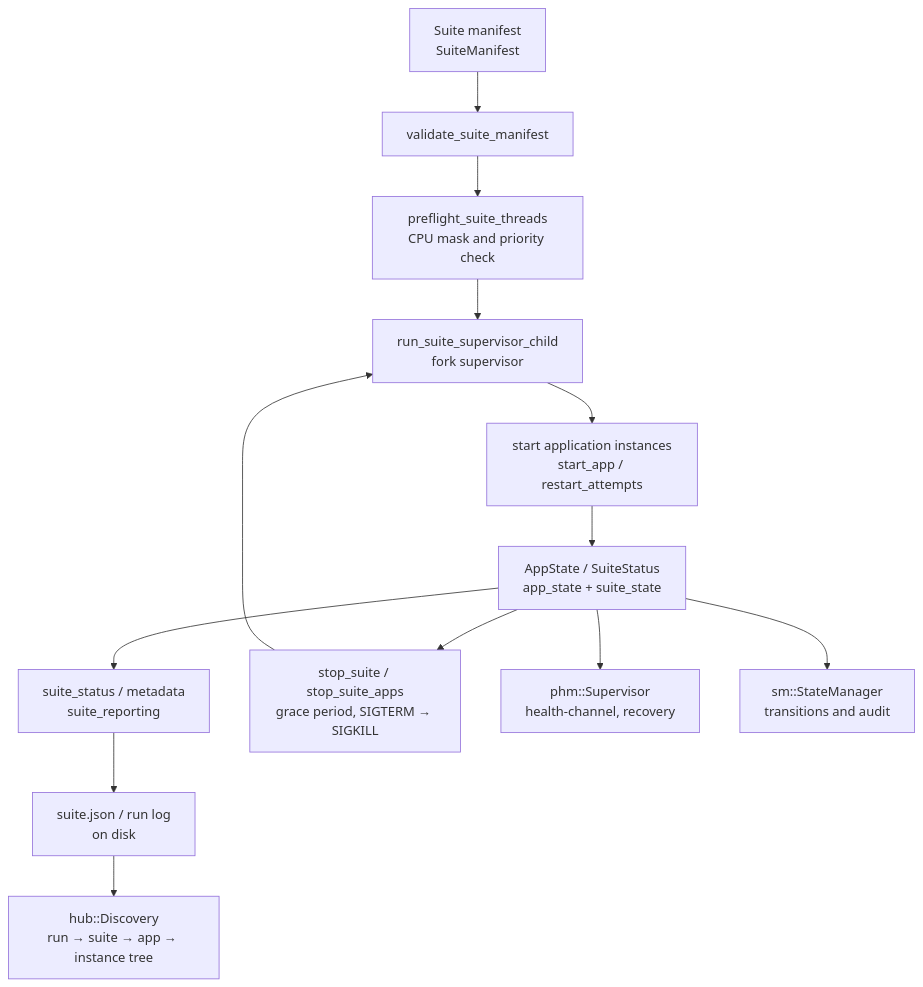
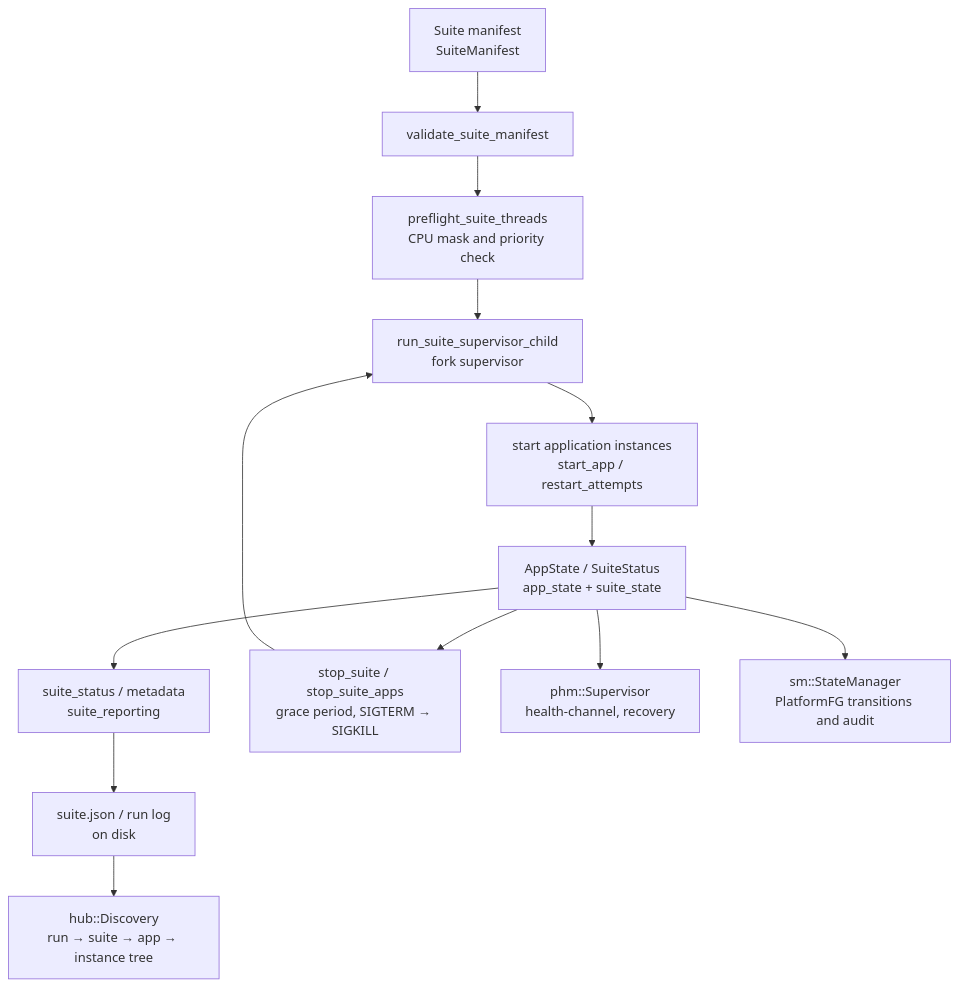
One commit to nexigen-tech/nexigen-cpp changed the third of 4 diagrams in docs/architecture.md. Above: the diagram before and after it, drawn with Mermaid. The commit also changed other lines of this file and 37 other files, not shown here.

````diff
--- a/docs/architecture.md
+++ b/docs/architecture.md
@@ -217,15 +217,15 @@
 ```mermaid
 flowchart TD
     MAN["Suite manifest<br/>SuiteManifest"] --> VAL["validate_suite_manifest"]
     VAL --> PRE["preflight_suite_threads<br/>CPU mask and priority check"]
     PRE --> SUP["run_suite_supervisor_child<br/>fork supervisor"]
     SUP --> APPS["start application instances<br/>start_app / restart_attempts"]
     APPS --> STATE["AppState / SuiteStatus<br/>app_state + suite_state"]
     STATE --> REPORT["suite_status / metadata<br/>suite_reporting"]
     REPORT --> META["suite.json / run log<br/>on disk"]
     META --> HUB2["hub::Discovery<br/>run → suite → app → instance tree"]
     STATE --> STOP["stop_suite / stop_suite_apps<br/>grace period, SIGTERM → SIGKILL"]
     STOP --> SUP
     STATE --> PHM2["phm::Supervisor<br/>health-channel, recovery"]
-    STATE --> SM2["sm::StateManager<br/>transitions and audit"]
+    STATE --> SM2["sm::StateManager<br/>PlatformFG transitions and audit"]
 ```
````
